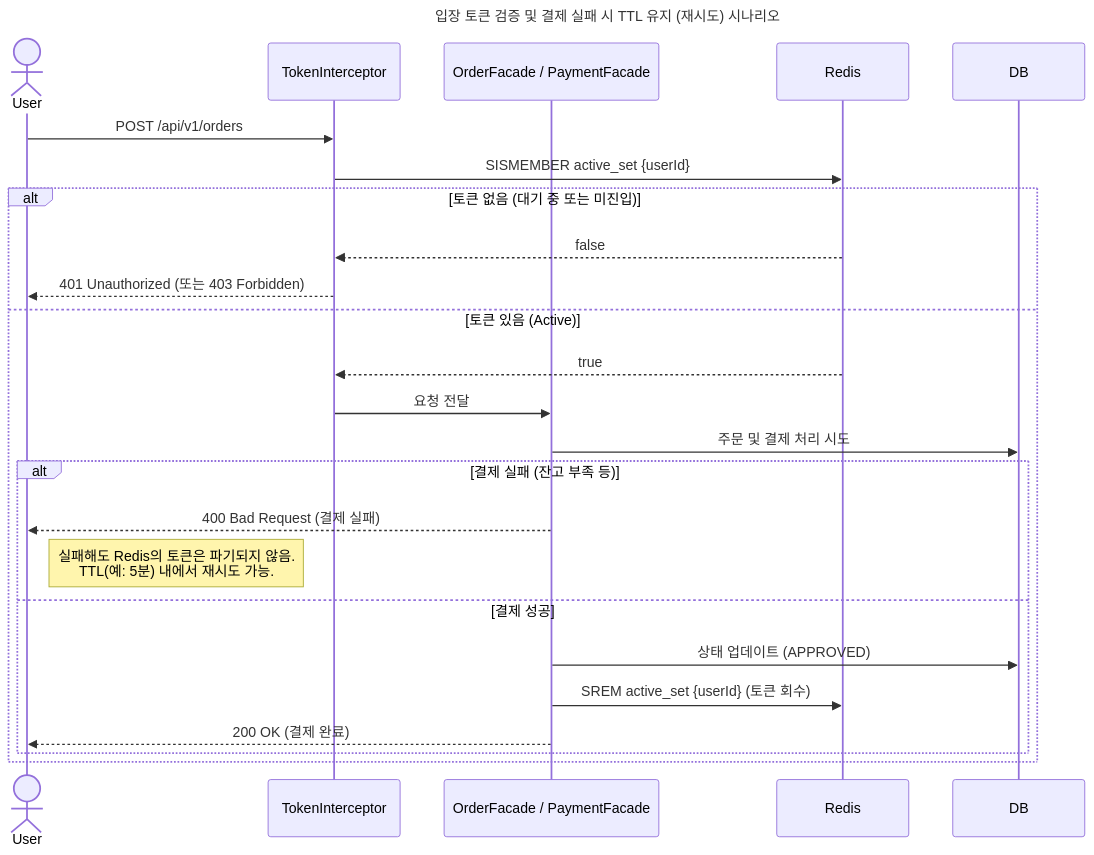
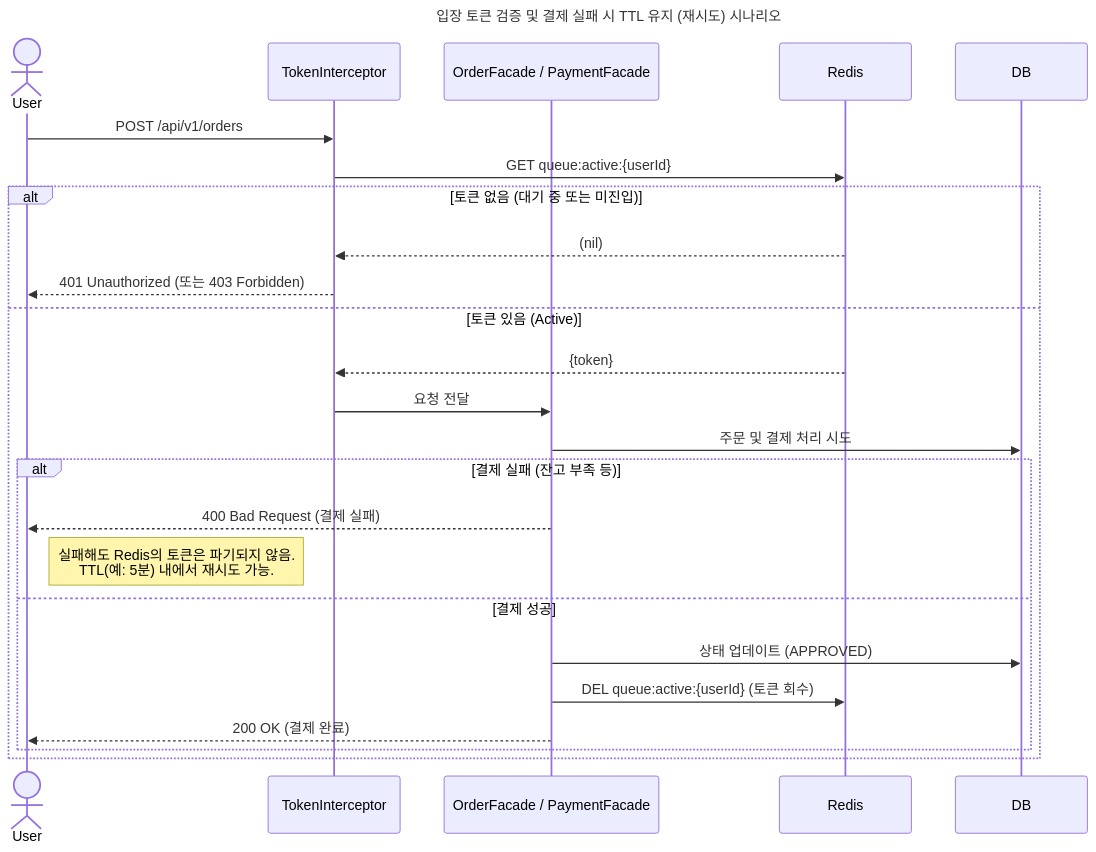
One commit to eelseungmin/loop-pack-be-l2-vol4-java changed diagram 15 of 15 in docs/week2/02-sequence-diagrams.md. Above: the diagram before and after it, drawn with Mermaid. The commit also changed other lines of this file and 1 other file, not shown here.

Commit message:
test: 대기열 Active 토큰 사용자별 독립 TTL 적용(문서 수정 및 검증 테스트 추가)

````diff
--- a/docs/week2/02-sequence-diagrams.md
+++ b/docs/week2/02-sequence-diagrams.md
@@ -621,31 +620,31 @@
 ```mermaid
 sequenceDiagram
     title 입장 토큰 검증 및 결제 실패 시 TTL 유지 (재시도) 시나리오
     actor User
     participant Interceptor as TokenInterceptor
     participant Facade as OrderFacade / PaymentFacade
     participant Redis
     participant DB
 
     %% 1. 정상 진입 시도
     User->>Interceptor: POST /api/v1/orders
-    Interceptor->>Redis: SISMEMBER active_set {userId}
+    Interceptor->>Redis: GET queue:active:{userId}
     
     alt 토큰 없음 (대기 중 또는 미진입)
-        Redis-->>Interceptor: false
+        Redis-->>Interceptor: (nil)
         Interceptor-->>User: 401 Unauthorized (또는 403 Forbidden)
     else 토큰 있음 (Active)
-        Redis-->>Interceptor: true
+        Redis-->>Interceptor: {token}
         Interceptor->>Facade: 요청 전달
         Facade->>DB: 주문 및 결제 처리 시도
         
         alt 결제 실패 (잔고 부족 등)
             Facade-->>User: 400 Bad Request (결제 실패)
             Note right of User: 실패해도 Redis의 토큰은 파기되지 않음.<br>TTL(예: 5분) 내에서 재시도 가능.
         else 결제 성공
             Facade->>DB: 상태 업데이트 (APPROVED)
-            Facade->>Redis: SREM active_set {userId} (토큰 회수)
+            Facade->>Redis: DEL queue:active:{userId} (토큰 회수)
             Facade-->>User: 200 OK (결제 완료)
         end
     end
 ```
````
